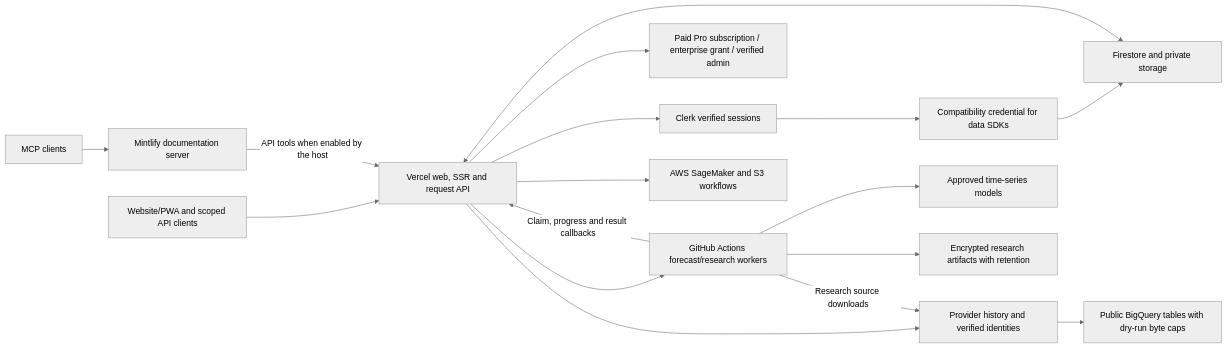
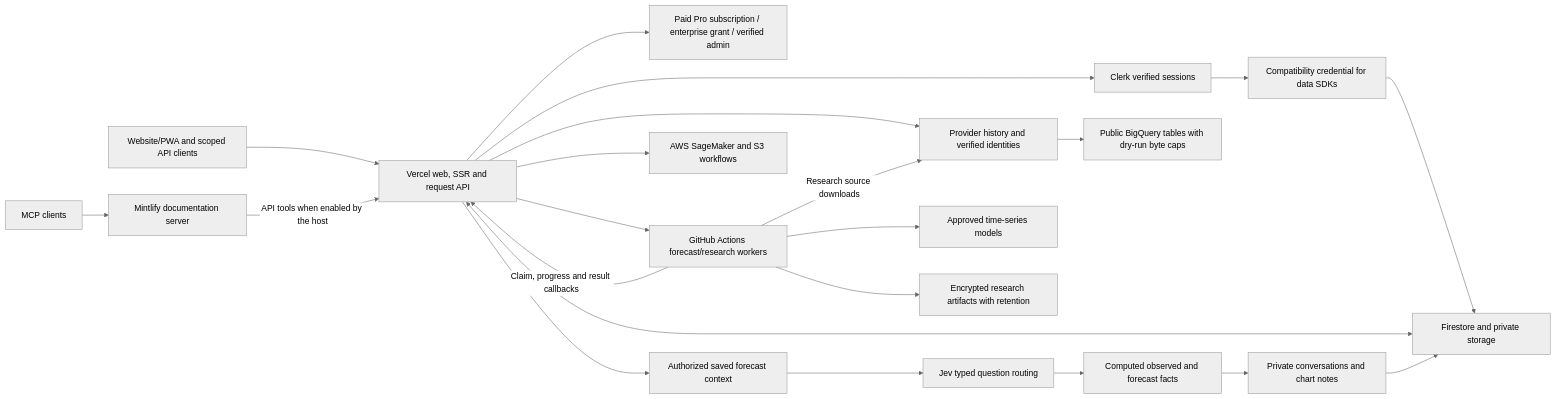
One commit to tamzid2001/stockssagemakerdata changed the first of 2 diagrams in README.md. Above: the diagram before and after it, drawn with Mermaid (neutral theme). The commit also changed other lines of this file and 35 other files, not shown here.

Commit message:
Add contextual Jev forecast Q&A and public database discovery

````diff
--- a/README.md
+++ b/README.md
@@ -113,19 +121,24 @@
 ```mermaid
 flowchart LR
     Clients[Website/PWA and scoped API clients] --> API[Vercel web, SSR and request API]
     API --> Identity[Clerk verified sessions]
     Identity --> Bridge[Compatibility credential for data SDKs]
     Bridge --> State
     API --> Entitlement[Paid Pro subscription / enterprise grant / verified admin]
     API <--> State[Firestore and private storage]
     API --> Data[Provider history and verified identities]
     Data --> BigQuery[Public BigQuery tables with dry-run byte caps]
+    API --> QA[Authorized saved forecast context]
+    QA --> Jev[Jev typed question routing]
+    Jev --> Facts[Computed observed and forecast facts]
+    Facts --> Requests[Private conversations and chart notes]
+    Requests --> State
     API --> Workers[GitHub Actions forecast/research workers]
     Workers --> Models[Approved time-series models]
     Workers -->|Claim, progress and result callbacks| API
     Workers -->|Research source downloads| Data
     Workers --> Artifacts[Encrypted research artifacts with retention]
     API --> Legacy[AWS SageMaker and S3 workflows]
     MCP[MCP clients] --> Docs[Mintlify documentation server]
     Docs -->|API tools when enabled by the host| API
 ```
````
